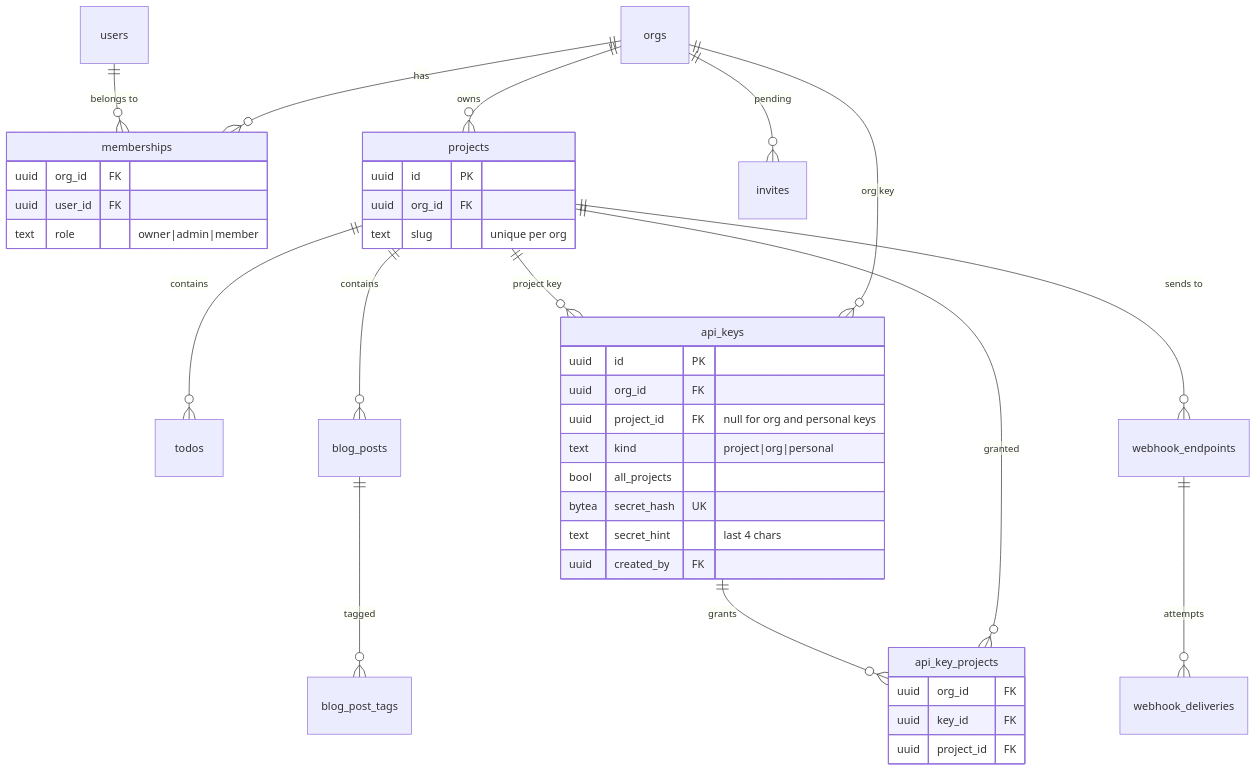
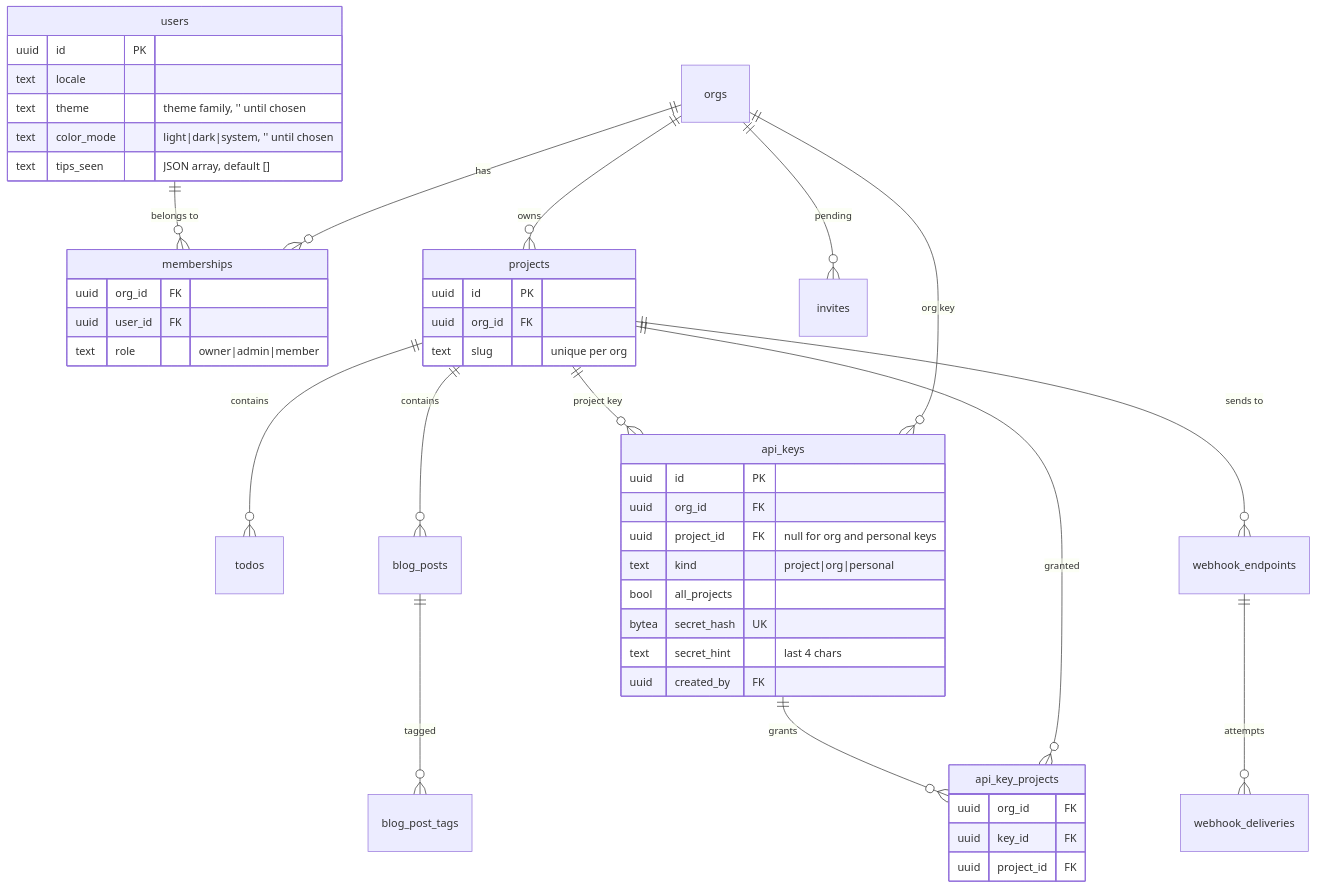
The first of 2 diagrams in schema/README.md (altalune-id/yasaku), drawn with Mermaid before and after one commit. The commit also changed other lines of this file and 241 other files, not shown here.

````diff
--- a/schema/README.md
+++ b/schema/README.md
@@ -36,42 +36,49 @@
 ```mermaid
 erDiagram
     users ||--o{ memberships : "belongs to"
     orgs ||--o{ memberships : "has"
     orgs ||--o{ projects : "owns"
     orgs ||--o{ invites : "pending"
     projects ||--o{ todos : "contains"
     projects ||--o{ blog_posts : "contains"
     blog_posts ||--o{ blog_post_tags : "tagged"
     projects ||--o{ api_keys : "project key"
     orgs ||--o{ api_keys : "org key"
     api_keys ||--o{ api_key_projects : "grants"
     projects ||--o{ api_key_projects : "granted"
     projects ||--o{ webhook_endpoints : "sends to"
     webhook_endpoints ||--o{ webhook_deliveries : "attempts"
 
+    users {
+        uuid id PK
+        text locale
+        text theme "theme family, '' until chosen"
+        text color_mode "light|dark|system, '' until chosen"
+        text tips_seen "JSON array, default []"
+    }
     memberships {
         uuid org_id FK
         uuid user_id FK
         text role "owner|admin|member"
     }
     projects {
         uuid id PK
         uuid org_id FK
         text slug "unique per org"
     }
     api_keys {
         uuid id PK
         uuid org_id FK
         uuid project_id FK "null for org and personal keys"
         text kind "project|org|personal"
         bool all_projects
         bytea secret_hash UK
         text secret_hint "last 4 chars"
         uuid created_by FK
     }
     api_key_projects {
         uuid org_id FK
         uuid key_id FK
         uuid project_id FK
     }
 ```
````
